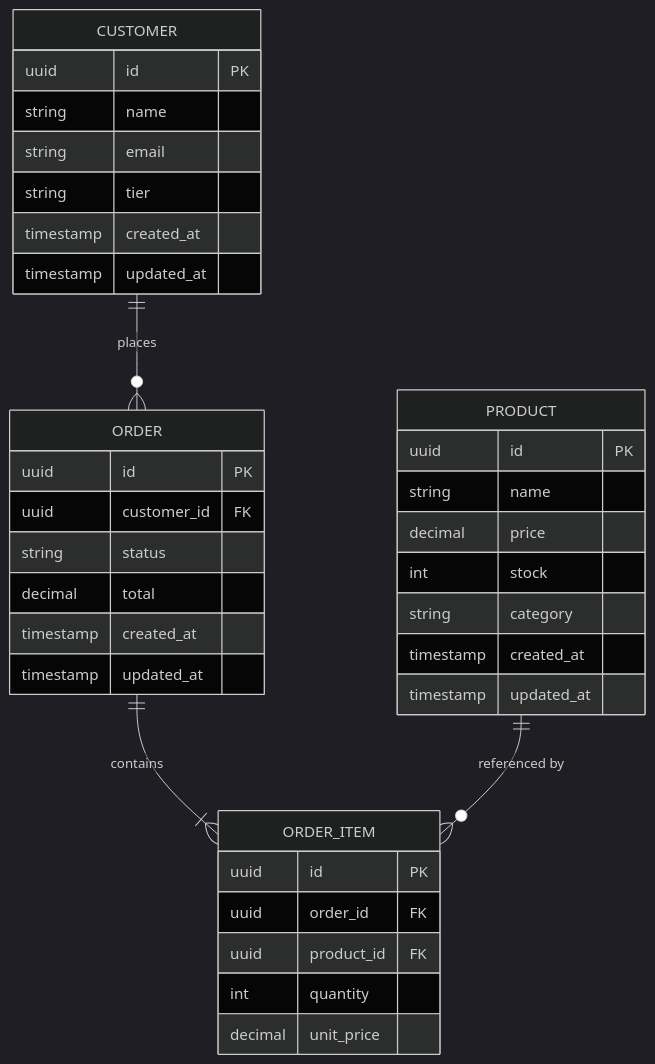
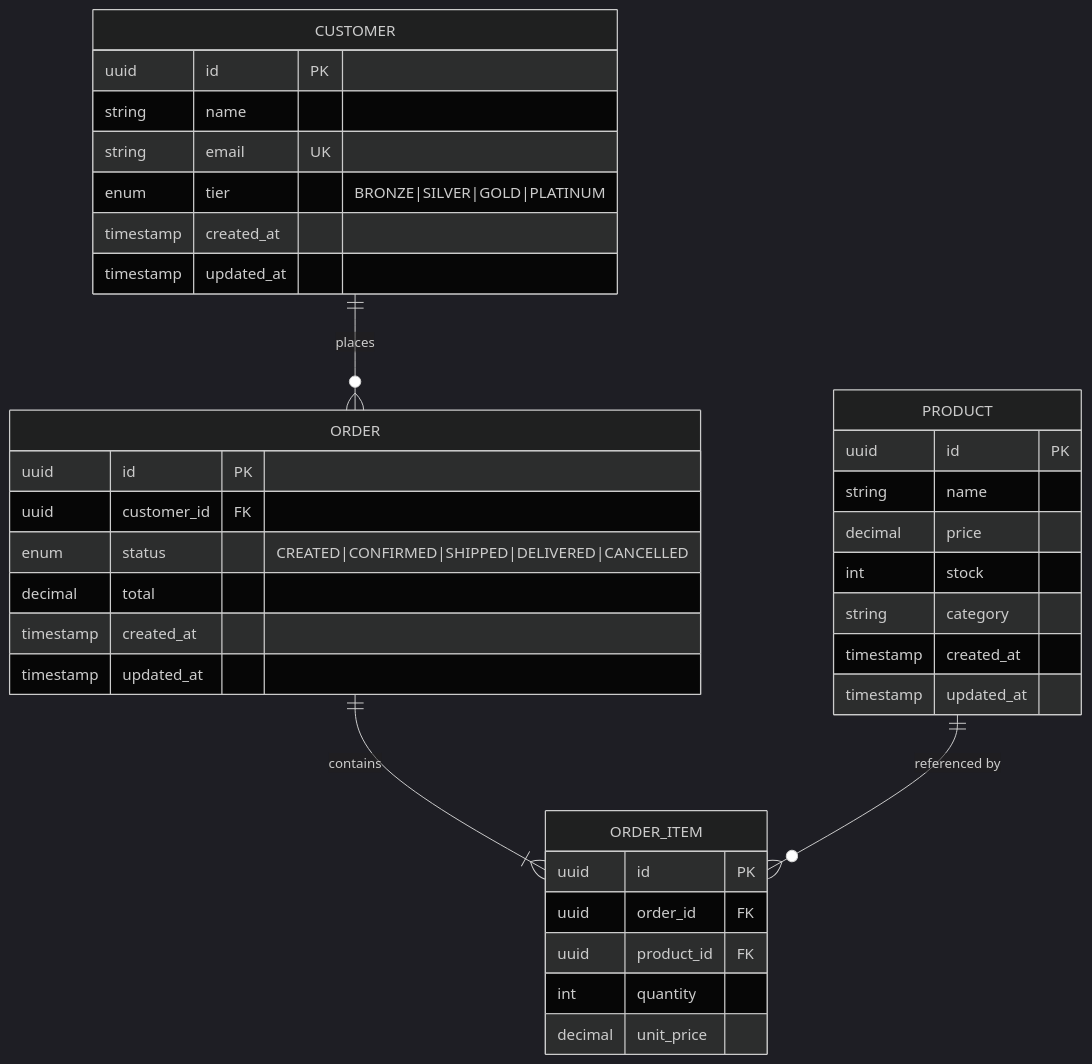
Before and after one commit to ChunPingWang/graphql-tutorial: the second of 5 diagrams in README.md, drawn with Mermaid (dark theme). The commit also changed other lines of this file, not shown here.

````diff
--- a/README.md
+++ b/README.md
@@ -59,42 +81,42 @@
 ```mermaid
 erDiagram
     CUSTOMER ||--o{ ORDER : places
     ORDER ||--|{ ORDER_ITEM : contains
     PRODUCT ||--o{ ORDER_ITEM : "referenced by"
-    
+
     CUSTOMER {
         uuid id PK
         string name
-        string email
-        string tier
+        string email UK
+        enum tier "BRONZE|SILVER|GOLD|PLATINUM"
         timestamp created_at
         timestamp updated_at
     }
-    
+
     ORDER {
         uuid id PK
         uuid customer_id FK
-        string status
+        enum status "CREATED|CONFIRMED|SHIPPED|DELIVERED|CANCELLED"
         decimal total
         timestamp created_at
         timestamp updated_at
     }
-    
+
     ORDER_ITEM {
         uuid id PK
         uuid order_id FK
         uuid product_id FK
         int quantity
         decimal unit_price
     }
-    
+
     PRODUCT {
         uuid id PK
         string name
         decimal price
         int stock
         string category
         timestamp created_at
         timestamp updated_at
     }
 ```
````
